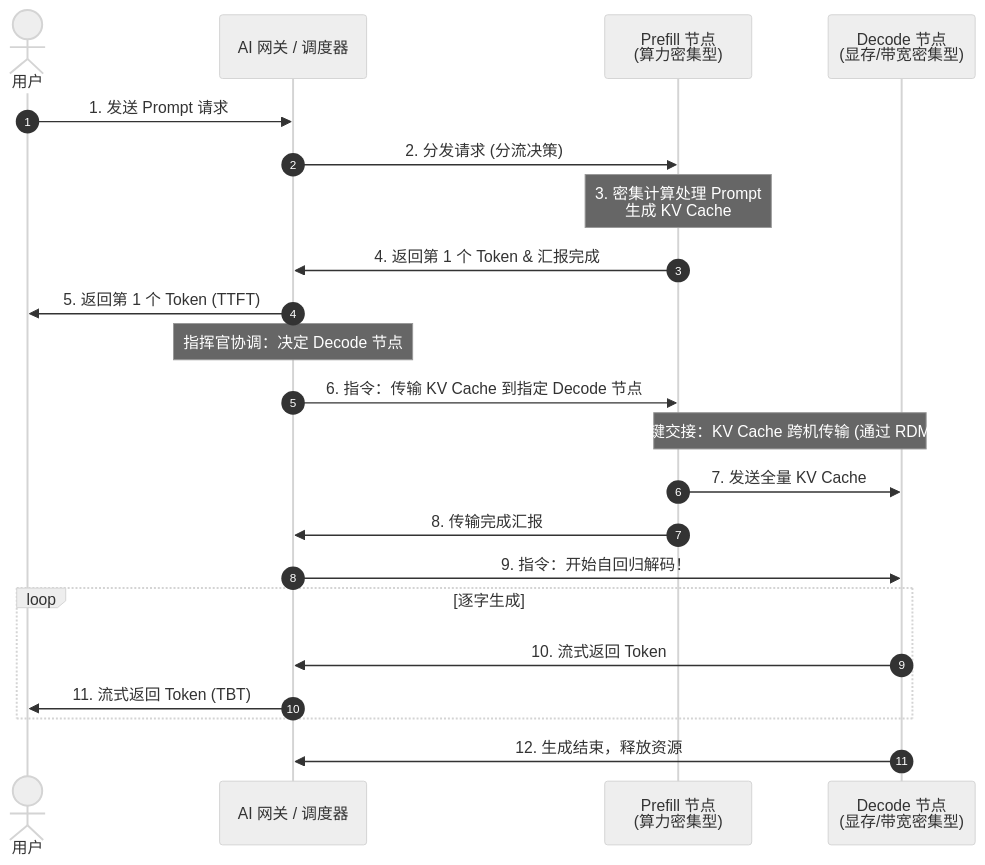
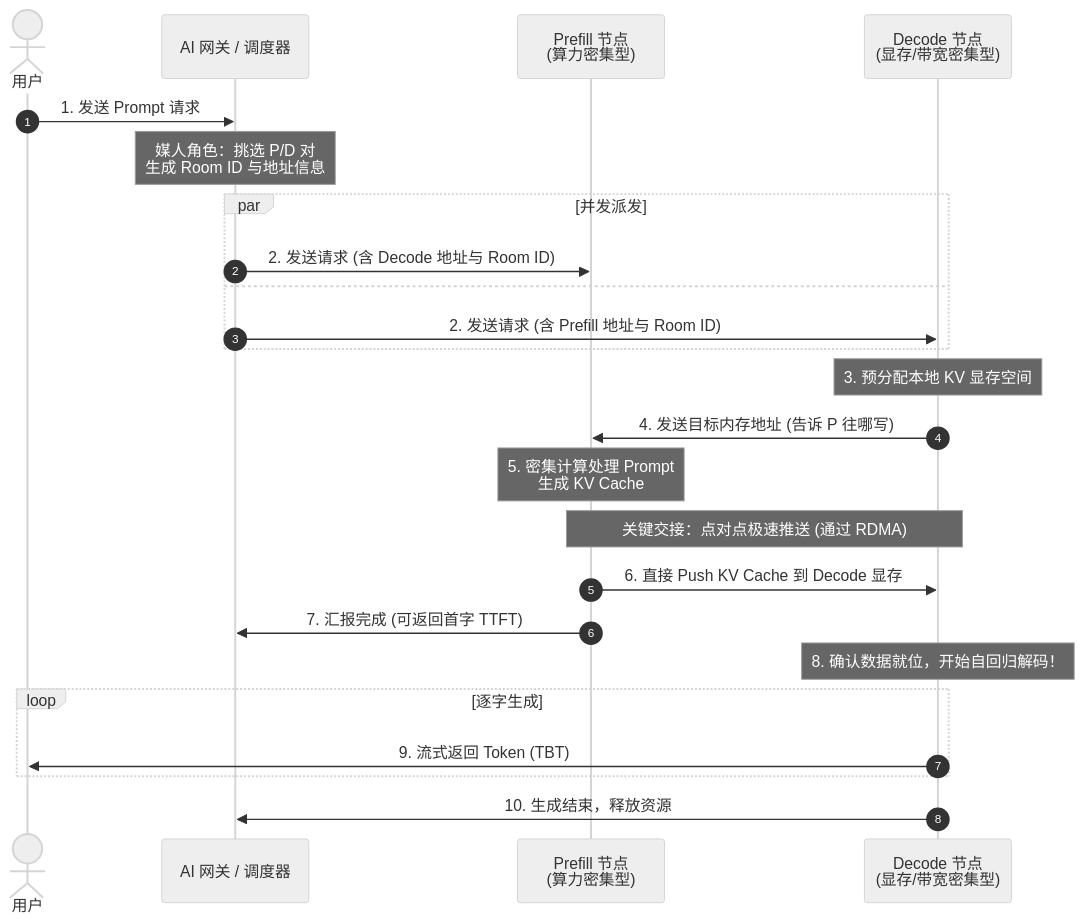
The diagram in parts/part4_cluster.md (Random-Liu/llm-inference-principle-to-production), drawn with Mermaid (neutral theme) before and after one commit. The commit also changed other lines of this file, not shown here.

Commit message:
docs: update cluster chapter with AI gateway routing and SGLang implementation

````diff
--- a/parts/part4_cluster.md
+++ b/parts/part4_cluster.md
@@ -250,30 +248,33 @@
 ```mermaid
 sequenceDiagram
     autonumber
     actor User as 用户
     participant Gateway as AI 网关 / 调度器
     participant Prefill as Prefill 节点<br/>(算力密集型)
     participant Decode as Decode 节点<br/>(显存/带宽密集型)
 
     User->>Gateway: 1. 发送 Prompt 请求
-    Gateway->>Prefill: 2. 分发请求 (分流决策)
-    Note over Prefill: 3. 密集计算处理 Prompt<br/>生成 KV Cache
-    Prefill->>Gateway: 4. 返回第 1 个 Token & 汇报完成
-    Gateway->>User: 5. 返回第 1 个 Token (TTFT)
+    Note over Gateway: 媒人角色：挑选 P/D 对<br/>生成 Room ID 与地址信息
+    par 并发派发
+        Gateway->>Prefill: 2. 发送请求 (含 Decode 地址与 Room ID)
+    and
+        Gateway->>Decode: 2. 发送请求 (含 Prefill 地址与 Room ID)
+    end
     
-    Note over Gateway: 指挥官协调：决定 Decode 节点
-    Gateway->>Prefill: 6. 指令：传输 KV Cache 到指定 Decode 节点
+    Note over Decode: 3. 预分配本地 KV 显存空间
+    Decode->>Prefill: 4. 发送目标内存地址 (告诉 P 往哪写)
     
-    Note over Prefill, Decode: 关键交接：KV Cache 跨机传输 (通过 RDMA)
-    Prefill->>Decode: 7. 发送全量 KV Cache
+    Note over Prefill: 5. 密集计算处理 Prompt<br/>生成 KV Cache
     
-    Prefill->>Gateway: 8. 传输完成汇报
+    Note over Prefill, Decode: 关键交接：点对点极速推送 (通过 RDMA)
+    Prefill->>Decode: 6. 直接 Push KV Cache 到 Decode 显存
     
-    Gateway->>Decode: 9. 指令：开始自回归解码！
+    Prefill->>Gateway: 7. 汇报完成 (可返回首字 TTFT)
+    
+    Note over Decode: 8. 确认数据就位，开始自回归解码！
     
     loop 逐字生成
-        Decode->>Gateway: 10. 流式返回 Token
-        Gateway->>User: 11. 流式返回 Token (TBT)
+        Decode->>User: 9. 流式返回 Token (TBT)
     end
-    Decode->>Gateway: 12. 生成结束，释放资源
+    Decode->>Gateway: 10. 生成结束，释放资源
 ```
````
